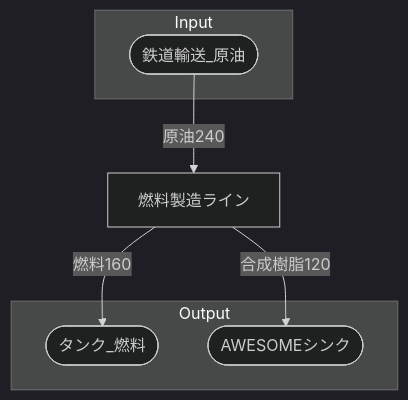
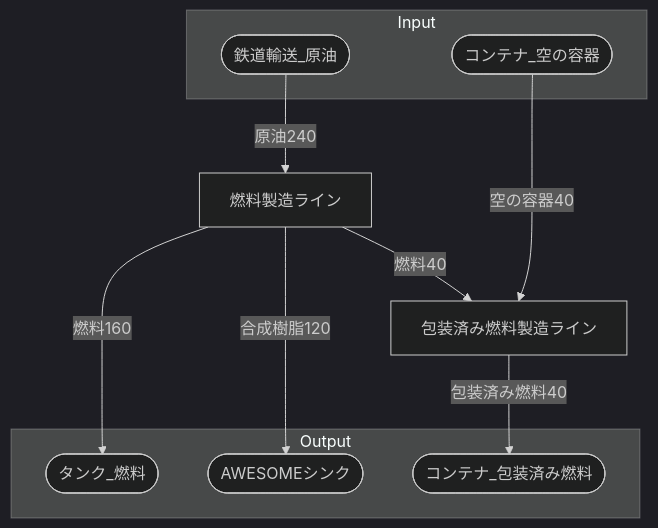
One commit to Suzuran-Amano/SatisfactoryTaskEfficiency changed the diagram in 40_FactoryBuilding/シェブデ製油所/30_全体製造ライン設計書/全体製造ライン設計書_シェブデ製油所.md. Above: the diagram before and after it, drawn with Mermaid (dark theme). The commit also changed other lines of this file and 7 other files, not shown here.

````diff
--- a/40_FactoryBuilding/シェブデ製油所/30_全体製造ライン設計書/全体製造ライン設計書_シェブデ製油所.md
+++ b/40_FactoryBuilding/シェブデ製油所/30_全体製造ライン設計書/全体製造ライン設計書_シェブデ製油所.md
@@ -32,17 +52,23 @@
 ```mermaid
 flowchart TD
 subgraph Input
     鉄道輸送_原油([鉄道輸送_原油])
+    コンテナ_空の容器([コンテナ_空の容器])
 end
 
 燃料製造ライン
+包装済み燃料製造ライン
 
 subgraph Output
     タンク_燃料([タンク_燃料])
+    コンテナ_包装済み燃料([コンテナ_包装済み燃料])
     AWESOMEシンク([AWESOMEシンク])
 end
 
 鉄道輸送_原油-->|原油240|燃料製造ライン
 燃料製造ライン-->|燃料160|タンク_燃料
 燃料製造ライン-->|合成樹脂120|AWESOMEシンク
+コンテナ_空の容器-->|空の容器40|包装済み燃料製造ライン
+燃料製造ライン-->|燃料40|包装済み燃料製造ライン
+包装済み燃料製造ライン-->|包装済み燃料40|コンテナ_包装済み燃料
 ```
````
